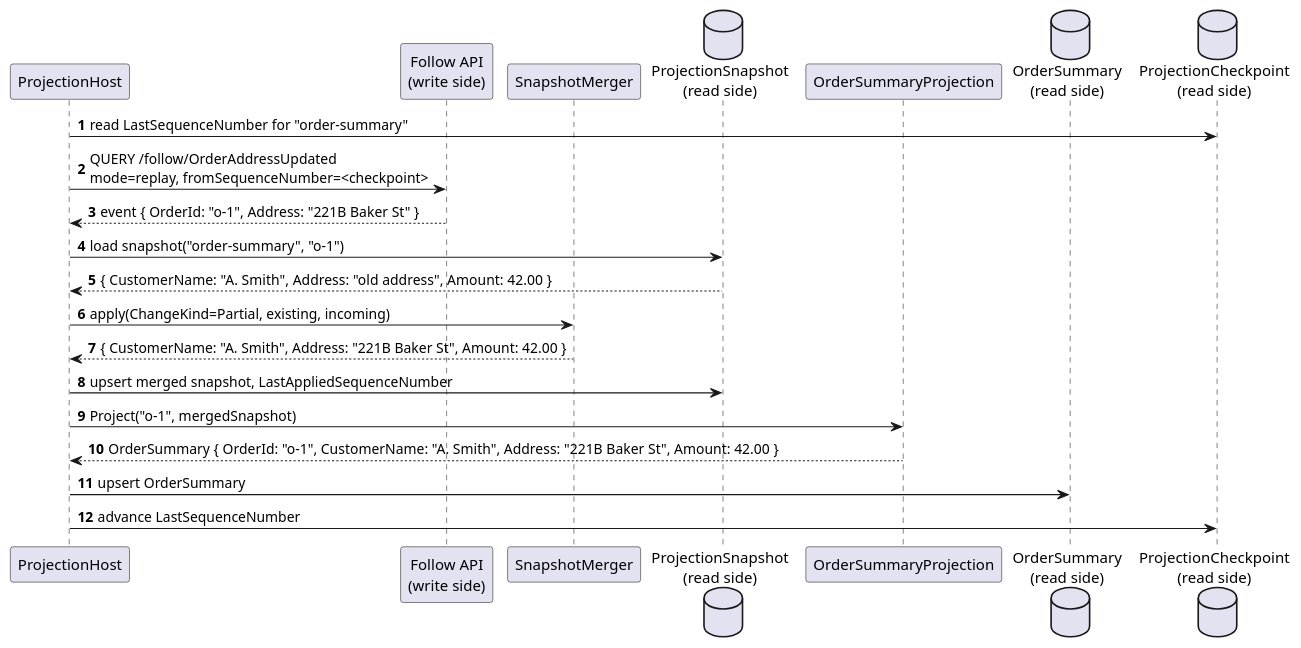
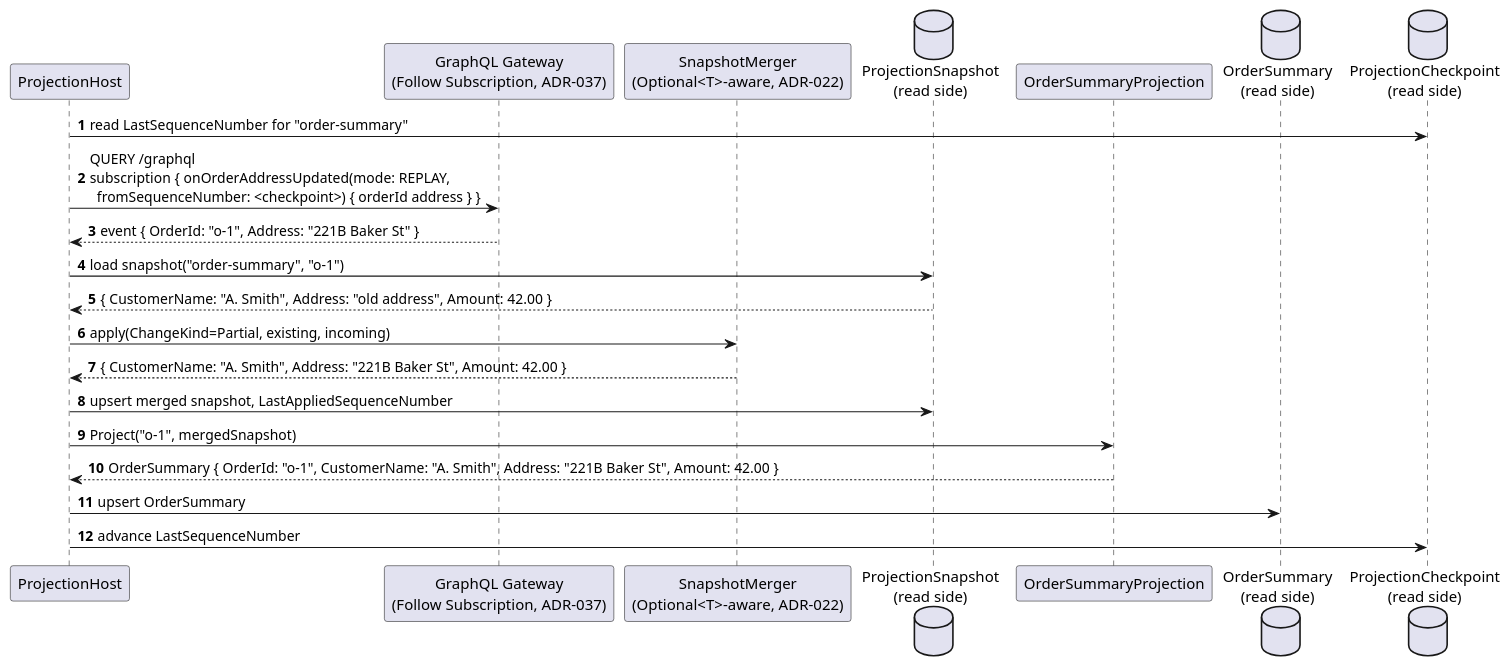
One commit to Mwwhited-BookLearning/EventSourcing changed the first of 2 diagrams in docs/features/cqrs-projections.md. Above: the diagram before and after it, drawn with PlantUML. The commit also changed other lines of this file and 37 other files, not shown here.

````diff
--- a/docs/features/cqrs-projections.md
+++ b/docs/features/cqrs-projections.md
@@ -65,25 +77,25 @@
 ```plantuml
 @startuml CqrsProjection_Apply_Sequence
 autonumber
 participant "ProjectionHost" as host
-participant "Follow API\n(write side)" as follow
-participant "SnapshotMerger" as merger
+participant "GraphQL Gateway\n(Follow Subscription, ADR-037)" as gateway
+participant "SnapshotMerger\n(Optional<T>-aware, ADR-022)" as merger
 database "ProjectionSnapshot\n(read side)" as snapshotDb
 participant "OrderSummaryProjection" as proj
 database "OrderSummary\n(read side)" as readDb
 database "ProjectionCheckpoint\n(read side)" as checkpointDb
 
 host -> checkpointDb: read LastSequenceNumber for "order-summary"
-host -> follow: QUERY /follow/OrderAddressUpdated\nmode=replay, fromSequenceNumber=<checkpoint>
-follow --> host: event { OrderId: "o-1", Address: "221B Baker St" }
+host -> gateway: QUERY /graphql\nsubscription { onOrderAddressUpdated(mode: REPLAY,\n  fromSequenceNumber: <checkpoint>) { orderId address } }
+gateway --> host: event { OrderId: "o-1", Address: "221B Baker St" }
 host -> snapshotDb: load snapshot("order-summary", "o-1")
 snapshotDb --> host: { CustomerName: "A. Smith", Address: "old address", Amount: 42.00 }
 host -> merger: apply(ChangeKind=Partial, existing, incoming)
 merger --> host: { CustomerName: "A. Smith", Address: "221B Baker St", Amount: 42.00 }
 host -> snapshotDb: upsert merged snapshot, LastAppliedSequenceNumber
 host -> proj: Project("o-1", mergedSnapshot)
 proj --> host: OrderSummary { OrderId: "o-1", CustomerName: "A. Smith", Address: "221B Baker St", Amount: 42.00 }
 host -> readDb: upsert OrderSummary
 host -> checkpointDb: advance LastSequenceNumber
 @enduml
 ```
````
